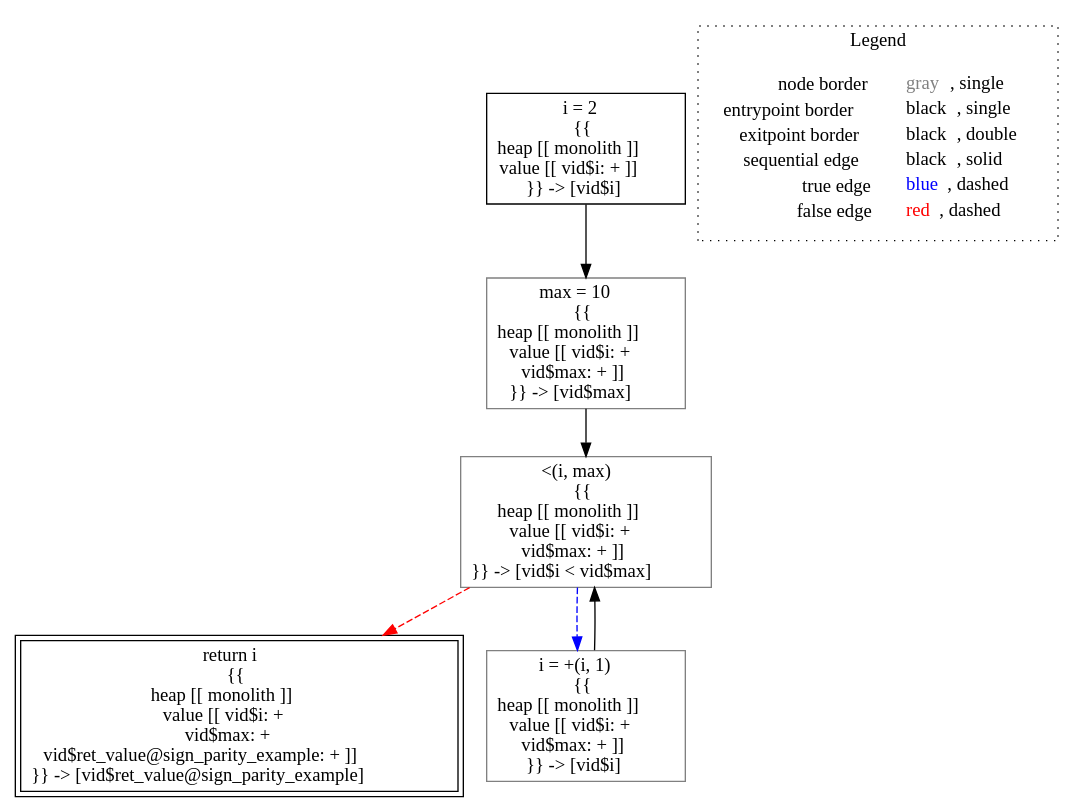
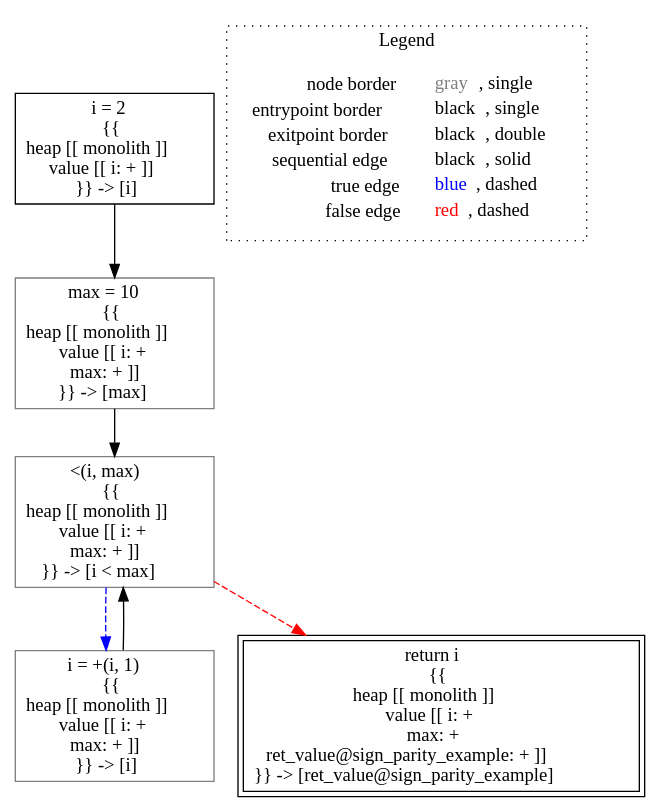
The diagram in lisa/imp-testcases/sign/analysis___untyped_tutorial.sign_parity_example(tutorial_this).dot (lisa-analyzer/lisa), drawn with Graphviz before and after one commit. The commit also changed 65 other files, not shown here.

```diff
--- a/lisa/imp-testcases/sign/analysis___untyped_tutorial.sign_parity_example(tutorial_this).dot
+++ b/lisa/imp-testcases/sign/analysis___untyped_tutorial.sign_parity_example(tutorial_this).dot
@@ -1,19 +1,19 @@
 digraph {
-	"node0" [shape="rect",color="black",label=<i = 2<BR/>{{<BR/>heap [[ monolith ]]<BR/>value [[ vid$i: + ]]<BR/>}} -&gt; [vid$i]>];
-	"node1" [shape="rect",color="black",peripheries="2",label=<return i<BR/>{{<BR/>heap [[ monolith ]]<BR/>value [[ vid$i: +<BR/>vid$max: +<BR/>vid$ret_value@sign_parity_example: + ]]<BR/>}} -&gt; [vid$ret_value@sign_parity_example]>];
-	"node2" [shape="rect",color="gray",label=<&lt;(i, max)<BR/>{{<BR/>heap [[ monolith ]]<BR/>value [[ vid$i: +<BR/>vid$max: + ]]<BR/>}} -&gt; [vid$i &lt; vid$max]>];
-	"node3" [shape="rect",color="gray",label=<max = 10<BR/>{{<BR/>heap [[ monolith ]]<BR/>value [[ vid$i: +<BR/>vid$max: + ]]<BR/>}} -&gt; [vid$max]>];
-	"node4" [shape="rect",color="gray",label=<i = +(i, 1)<BR/>{{<BR/>heap [[ monolith ]]<BR/>value [[ vid$i: +<BR/>vid$max: + ]]<BR/>}} -&gt; [vid$i]>];
-	"node0" -> "node3" [color="black"];
-	"node2" -> "node1" [color="red",style="dashed"];
-	"node2" -> "node4" [color="blue",style="dashed"];
-	"node3" -> "node2" [color="black"];
-	"node4" -> "node2" [color="black"];
+	"node0" [shape="rect",color="black",label=<i = 2<BR/>{{<BR/>heap [[ monolith ]]<BR/>value [[ i: + ]]<BR/>}} -&gt; [i]>];
+	"node1" [shape="rect",color="gray",label=<max = 10<BR/>{{<BR/>heap [[ monolith ]]<BR/>value [[ i: +<BR/>max: + ]]<BR/>}} -&gt; [max]>];
+	"node2" [shape="rect",color="black",peripheries="2",label=<return i<BR/>{{<BR/>heap [[ monolith ]]<BR/>value [[ i: +<BR/>max: +<BR/>ret_value@sign_parity_example: + ]]<BR/>}} -&gt; [ret_value@sign_parity_example]>];
+	"node3" [shape="rect",color="gray",label=<i = +(i, 1)<BR/>{{<BR/>heap [[ monolith ]]<BR/>value [[ i: +<BR/>max: + ]]<BR/>}} -&gt; [i]>];
+	"node4" [shape="rect",color="gray",label=<&lt;(i, max)<BR/>{{<BR/>heap [[ monolith ]]<BR/>value [[ i: +<BR/>max: + ]]<BR/>}} -&gt; [i &lt; max]>];
+	"node1" -> "node4" [color="black"];
+	"node3" -> "node4" [color="black"];
+	"node0" -> "node1" [color="black"];
+	"node4" -> "node2" [color="red",style="dashed"];
+	"node4" -> "node3" [color="blue",style="dashed"];
 subgraph cluster_legend {
 	label="Legend";
 	style=dotted;
 	node [shape=plaintext];
 	"legend" [label=<<table border="0" cellpadding="2" cellspacing="0" cellborder="0"><tr><td align="right">node border&nbsp;</td><td align="left"><font color="gray">gray</font>, single</td></tr><tr><td align="right">entrypoint border&nbsp;</td><td align="left"><font color="black">black</font>, single</td></tr><tr><td align="right">exitpoint border&nbsp;</td><td align="left"><font color="black">black</font>, double</td></tr><tr><td align="right">sequential edge&nbsp;</td><td align="left"><font color="black">black</font>, solid</td></tr><tr><td align="right">true edge&nbsp;</td><td align="left"><font color="blue">blue</font>, dashed</td></tr><tr><td align="right">false edge&nbsp;</td><td align="left"><font color="red">red</font>, dashed</td></tr></table>>];
 }
 
 }
```
